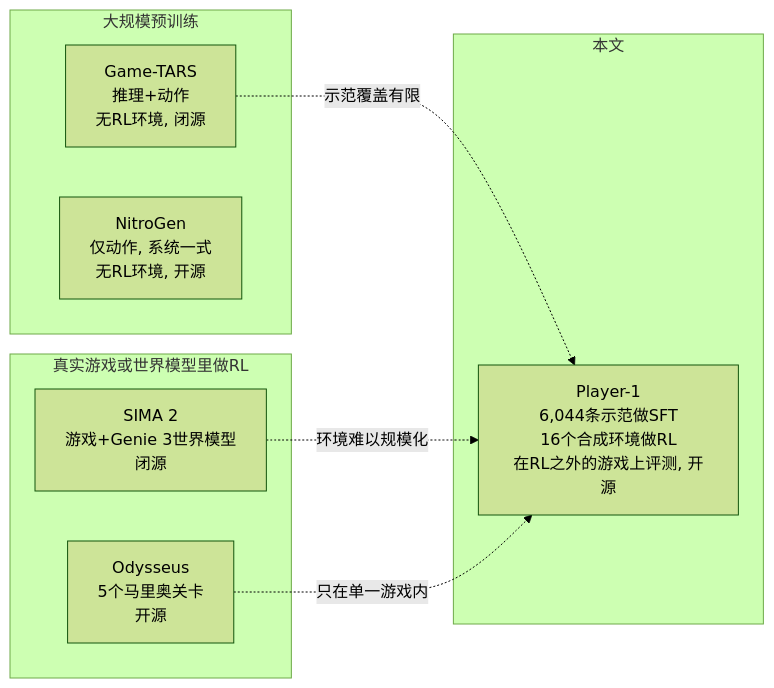
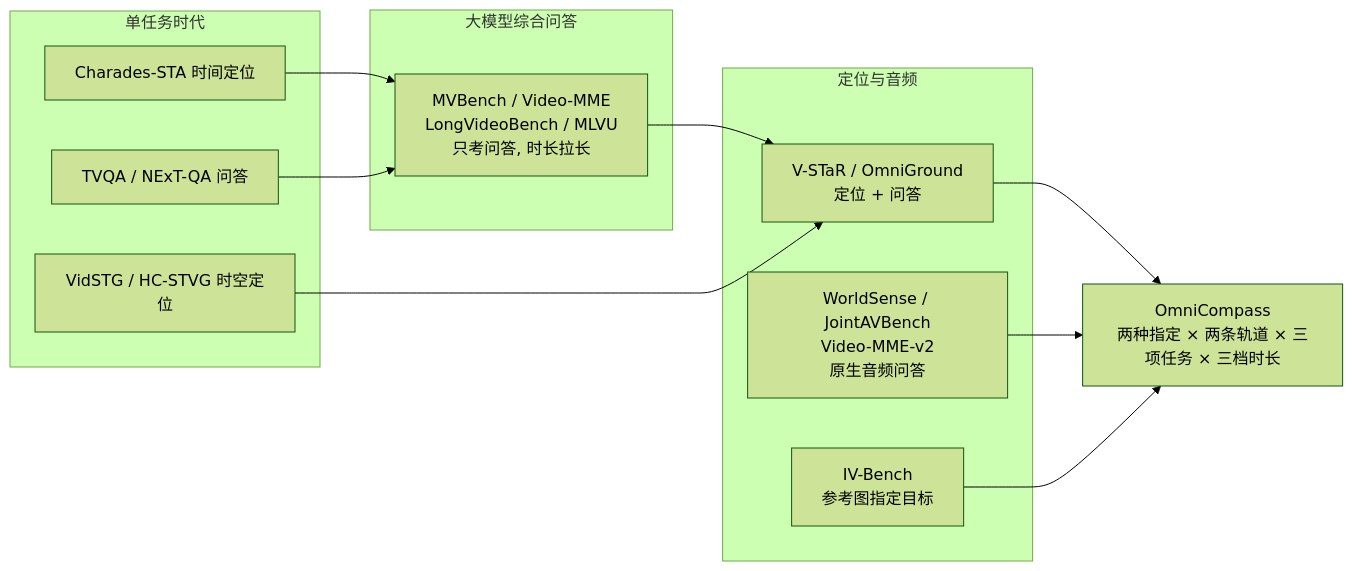
Before and after one commit to yingwang/paper-reads: the first of 3 diagrams in docs/index.md, drawn with Mermaid (forest theme). The commit also changed other lines of this file and 2 other files, not shown here.

First line of the commit message:
Add 2026-10-16-omnicompass-omni-modal-video-grounding-benchmark

````diff
--- a/docs/index.md
+++ b/docs/index.md
@@ -59,17 +53,22 @@
 ```mermaid
 flowchart LR
-    subgraph 大规模预训练
-        A[Game-TARS<br/>推理+动作<br/>无RL环境, 闭源]
-        B[NitroGen<br/>仅动作, 系统一式<br/>无RL环境, 开源]
+    subgraph 单任务时代
+        A[Charades-STA 时间定位]
+        B[TVQA / NExT-QA 问答]
+        C[VidSTG / HC-STVG 时空定位]
     end
-    subgraph 真实游戏或世界模型里做RL
-        C[SIMA 2<br/>游戏+Genie 3世界模型<br/>闭源]
-        D[Odysseus<br/>5个马里奥关卡<br/>开源]
+    subgraph 大模型综合问答
+        D[MVBench / Video-MME<br/>LongVideoBench / MLVU<br/>只考问答, 时长拉长]
     end
-    subgraph 本文
-        E[Player-1<br/>6,044条示范做SFT<br/>16个合成环境做RL<br/>在RL之外的游戏上评测, 开源]
+    subgraph 定位与音频
+        E[V-STaR / OmniGround<br/>定位 + 问答]
+        F[WorldSense / JointAVBench<br/>Video-MME-v2<br/>原生音频问答]
+        G[IV-Bench<br/>参考图指定目标]
     end
-    A -. 示范覆盖有限 .-> E
-    C -. 环境难以规模化 .-> E
-    D -. 只在单一游戏内 .-> E
+    H[OmniCompass<br/>两种指定 × 两条轨道 × 三项任务 × 三档时长]
+    A --> D --> E --> H
+    B --> D
+    C --> E
+    F --> H
+    G --> H
 ```
````
